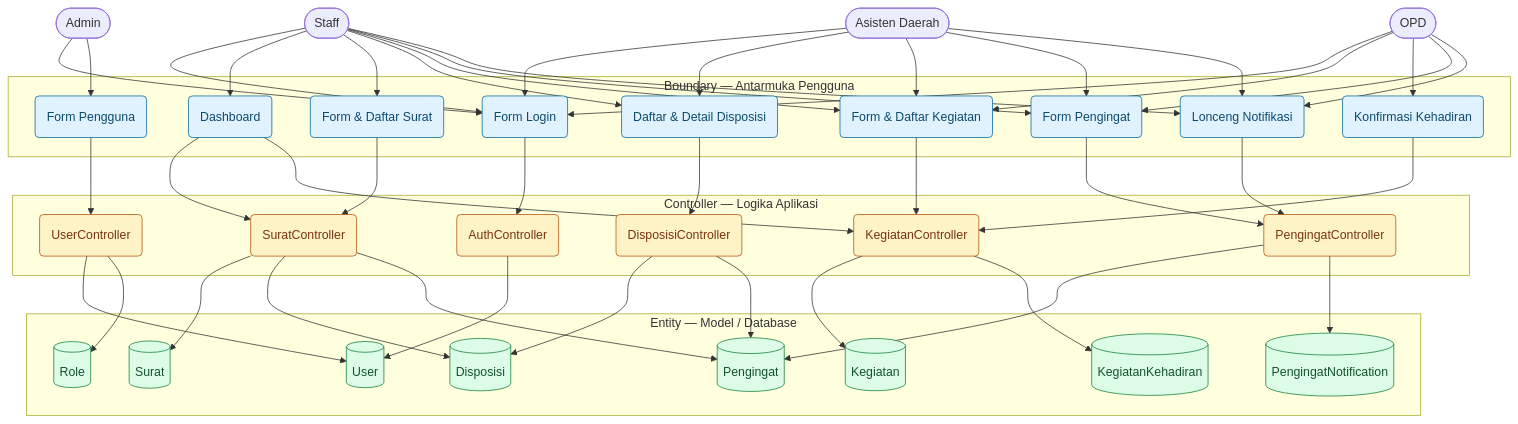
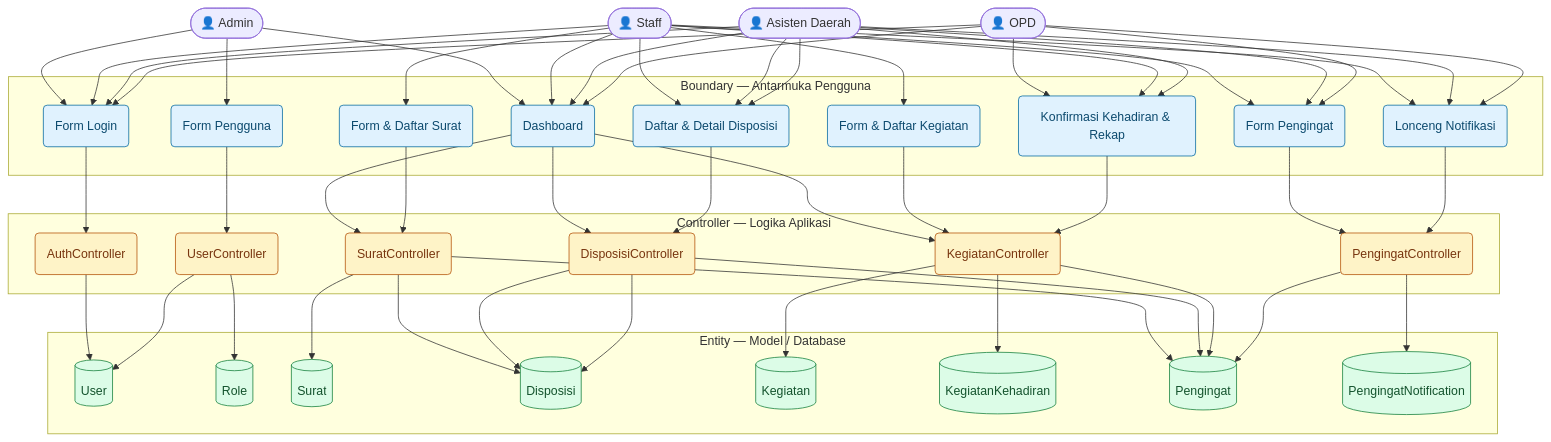
Diagram 26 of 28 in laravel-vue-mvc/docs/UML_Documentation.md (cisnatinnov/SI_Pengelolaan_Data_Agenda), drawn with Mermaid before and after one commit. The commit also changed other lines of this file and 44 other files, not shown here.

First line of the commit message:
Add and update diagrams for various features; remove outdated diagrams

```diff
--- a/laravel-vue-mvc/docs/UML_Documentation.md
+++ b/laravel-vue-mvc/docs/UML_Documentation.md
@@ -576,10 +940,10 @@
     classDef entity fill:#dcfce7,stroke:#15803d,color:#14532d
 
     %% ==== Aktor ====
-    Admin([Admin])
-    Staff([Staff])
-    Asisten([Asisten Daerah])
-    OPD([OPD])
+    Admin([👤 Admin])
+    Staff([👤 Staff])
+    Asisten([👤 Asisten Daerah])
+    OPD([👤 OPD])
 
     %% ==== Boundary (Antarmuka Pengguna) ====
     subgraph Boundary [Boundary — Antarmuka Pengguna]
@@ -588,7 +952,7 @@
         B_SURAT(Form & Daftar Surat):::boundary
         B_DISP(Daftar & Detail Disposisi):::boundary
         B_KEG(Form & Daftar Kegiatan):::boundary
-        B_KEH(Konfirmasi Kehadiran):::boundary
+        B_KEH(Konfirmasi Kehadiran & Rekap):::boundary
         B_NOTIF(Lonceng Notifikasi):::boundary
         B_PENG(Form Pengingat):::boundary
         B_USER(Form Pengguna):::boundary
@@ -616,7 +980,7 @@
         E_NOTIF[(PengingatNotification)]:::entity
     end
 
-    %% ==== Alur: Login ====
+    %% ==== Alur: Login & Logout (FR-01) ====
     Admin --> B_LOGIN
     Staff --> B_LOGIN
     Asisten --> B_LOGIN
@@ -624,48 +988,63 @@
     B_LOGIN --> C_AUTH
     C_AUTH --> E_USER
 
-    %% ==== Alur: Dashboard ====
+    %% ==== Alur: Dashboard (FR-02) ====
+    Admin --> B_DASH
     Staff --> B_DASH
+    Asisten --> B_DASH
+    OPD --> B_DASH
     B_DASH --> C_SURAT
+    B_DASH --> C_DISP
     B_DASH --> C_KEG
 
-    %% ==== Alur: Surat ====
+    %% ==== Alur: Kelola Surat (FR-03) ====
     Staff --> B_SURAT
     B_SURAT --> C_SURAT
     C_SURAT --> E_SURAT
     C_SURAT --> E_DISP
     C_SURAT --> E_PENG
 
-    %% ==== Alur: Disposisi ====
+    %% ==== Alur: Lihat Disposisi (FR-04) ====
     Staff --> B_DISP
     Asisten --> B_DISP
     B_DISP --> C_DISP
     C_DISP --> E_DISP
+
+    %% ==== Alur: Serahkan / Tolak Disposisi (FR-05 & FR-06) ====
+    Asisten --> B_DISP
+    C_DISP --> E_DISP
     C_DISP --> E_PENG
 
-    %% ==== Alur: Kegiatan & Kehadiran ====
+    %% ==== Alur: Kelola Kegiatan (FR-07) ====
     Staff --> B_KEG
-    Asisten --> B_KEG
-    OPD --> B_KEG
     B_KEG --> C_KEG
     C_KEG --> E_KEG
-    C_KEG --> E_KEH
+    C_KEG --> E_PENG
+
+    %% ==== Alur: Konfirmasi Kehadiran (FR-08) ====
     OPD --> B_KEH
     B_KEH --> C_KEG
+    C_KEG --> E_KEH
 
-    %% ==== Alur: Pengingat & Notifikasi ====
+    %% ==== Alur: Lihat Rekap & Daftar OPD (FR-09) ====
+    Staff --> B_KEH
+    Asisten --> B_KEH
+
+    %% ==== Alur: Kelola Pengingat Pribadi (FR-10) ====
     Staff --> B_PENG
     Asisten --> B_PENG
     OPD --> B_PENG
     B_PENG --> C_PENG
     C_PENG --> E_PENG
+
+    %% ==== Alur: Notifikasi Pengingat Real-Time (FR-11) ====
     Staff --> B_NOTIF
     Asisten --> B_NOTIF
     OPD --> B_NOTIF
     B_NOTIF --> C_PENG
     C_PENG --> E_NOTIF
 
-    %% ==== Alur: Pengguna ====
+    %% ==== Alur: Kelola Pengguna & Role (FR-12) ====
     Admin --> B_USER
     B_USER --> C_USER
     C_USER --> E_USER
```
